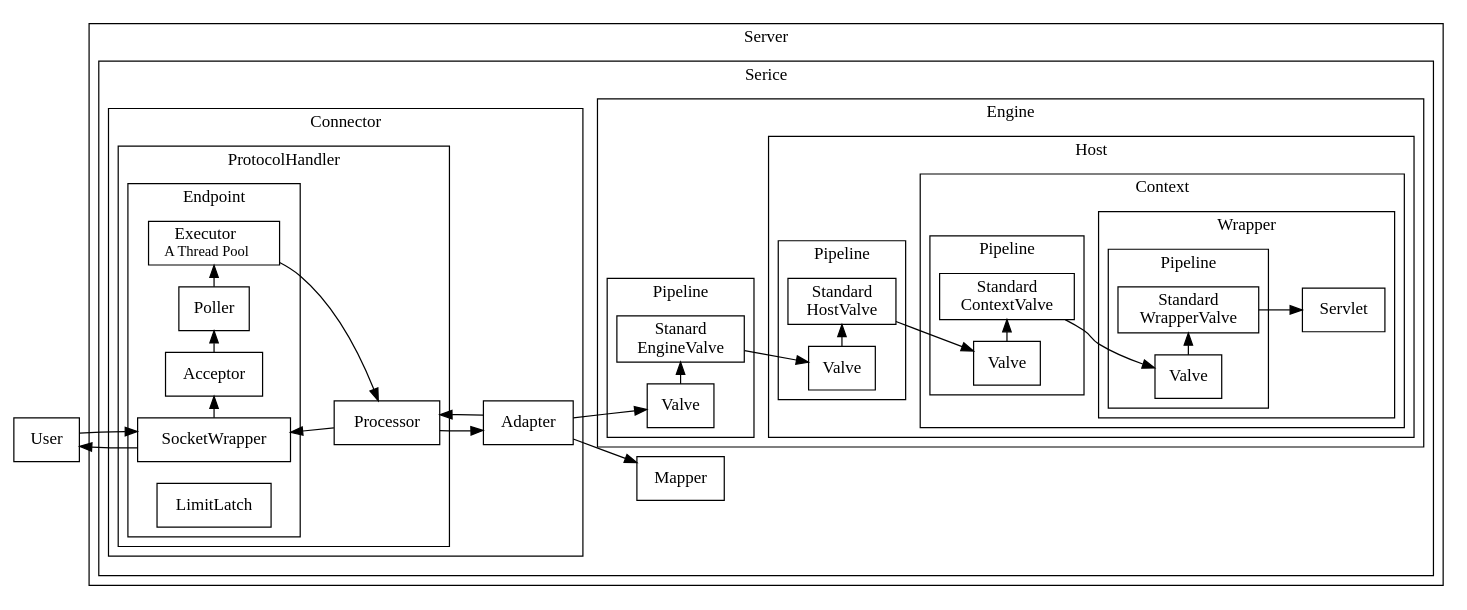
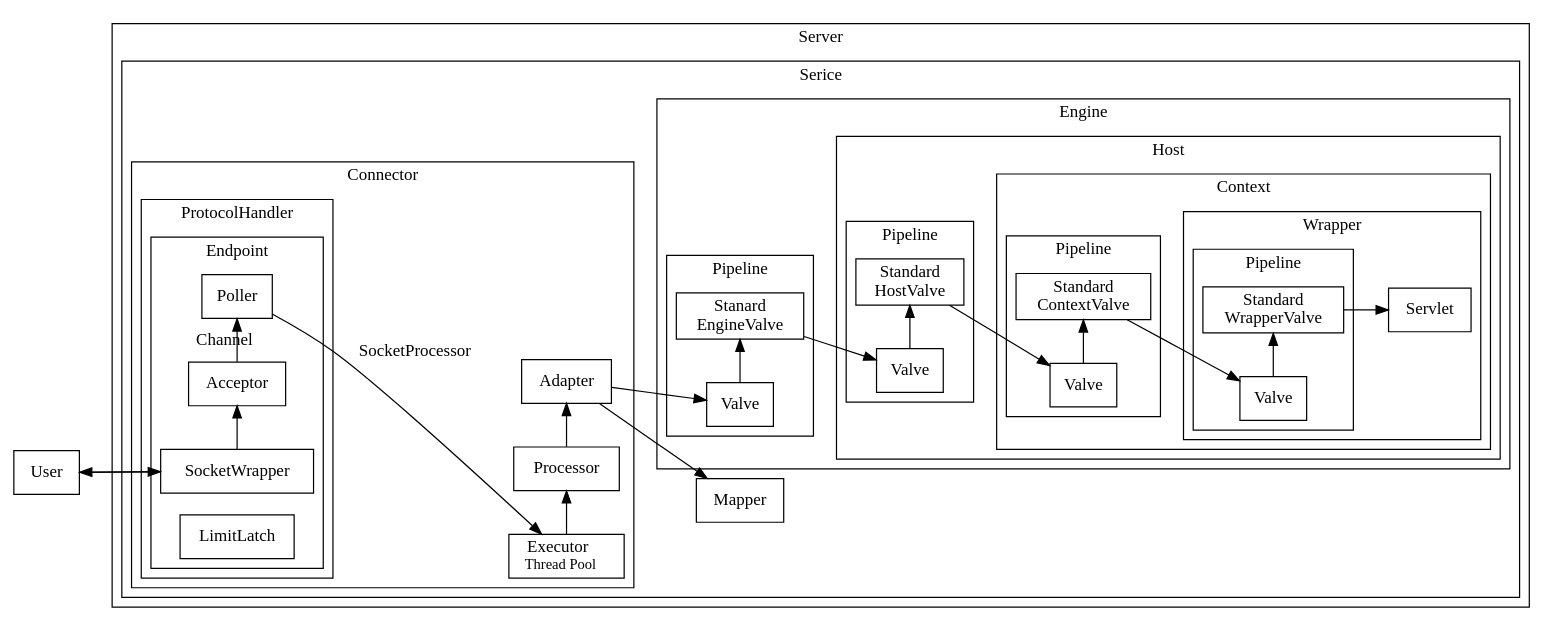
The third of 4 diagrams in docs/CS/Java/Tomcat/Tomcat.md (Robinpig/Note), drawn with Graphviz before and after one commit. The commit also changed other lines of this file and 4 other files, not shown here.

```diff
--- a/docs/CS/Java/Tomcat/Tomcat.md
+++ b/docs/CS/Java/Tomcat/Tomcat.md
@@ -126,8 +147,8 @@
 
   User;
 
-  Acceptor -> Poller 
-  Poller -> Executor 
+  Acceptor -> Poller [label="Channel"]
+  Poller -> Executor [label="SocketProcessor"]
   Processor;
   Executor -> Processor 
   
@@ -154,6 +175,9 @@
             {rank="same"; Mapper2;Mapper;}
         subgraph cluster_Connector {
             label="Connector"
+
+            Executor [label=<Executor<BR/> <FONT POINT-SIZE="12">Thread Pool</FONT>>] ;
+
             subgraph cluster_ProtocolHandler {
                 label="ProtocolHandler"
   
@@ -164,8 +188,9 @@
                         SocketWrapper;
                         Poller;
                         Acceptor;
-                        Executor [label=<Executor<BR/> <FONT POINT-SIZE="12">A Thread Pool</FONT>>] ;
-                        {rank="same"; SocketWrapper;Acceptor;Poller;Executor;}
+                        
+        
+                        {rank="same"; SocketWrapper;Acceptor;Poller;}
                         LimitLatch;
                     }
                 Processor;
@@ -174,10 +199,8 @@
             Adapter;
             Processor -> Adapter;
             Adapter -> Mapper;
-            Adapter -> Processor;
-        
-            Processor -> SocketWrapper;
-  
+         
+            {rank="same"; Executor;Processor;Adapter;}
         }
 
         subgraph cluster_Engine {
```
